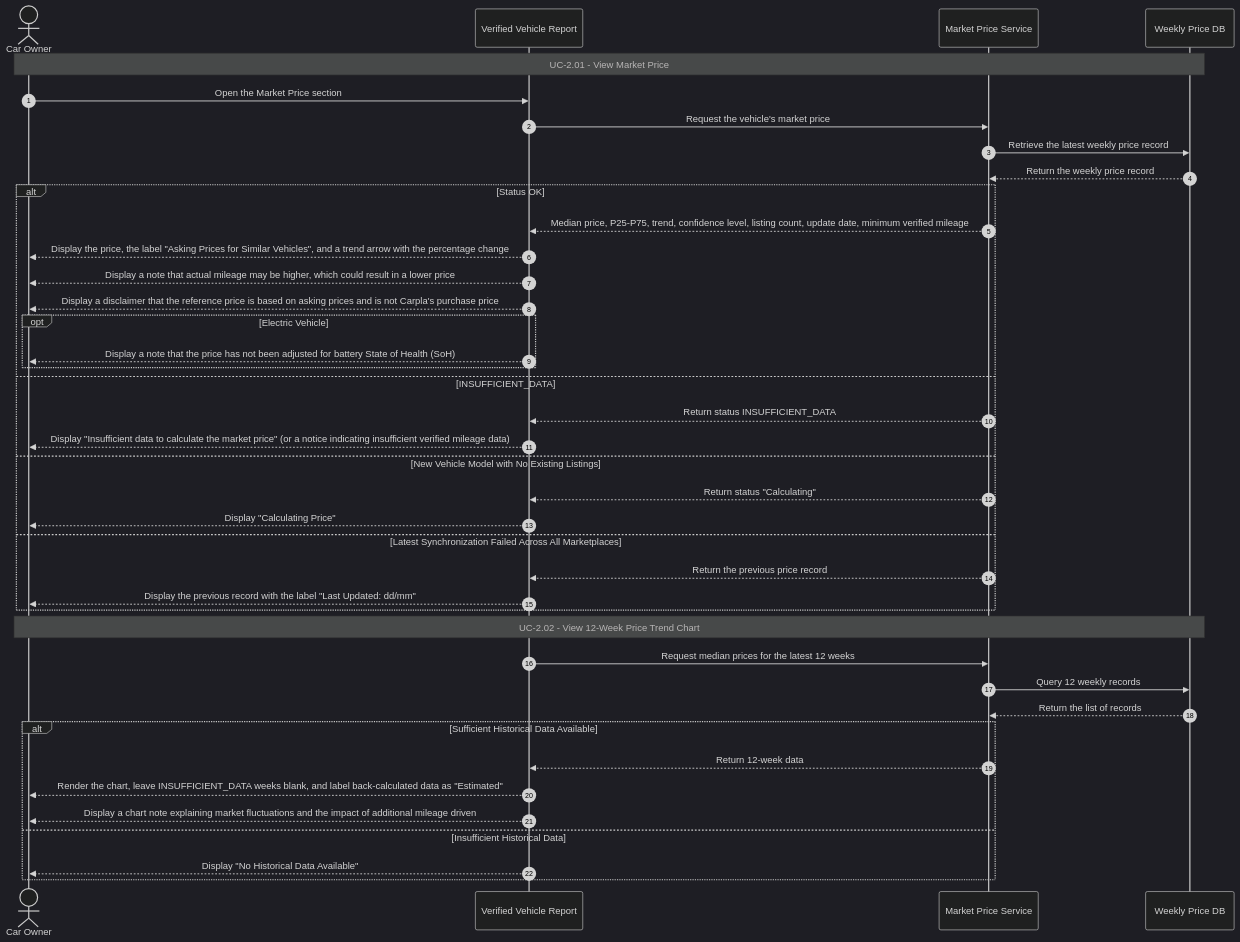
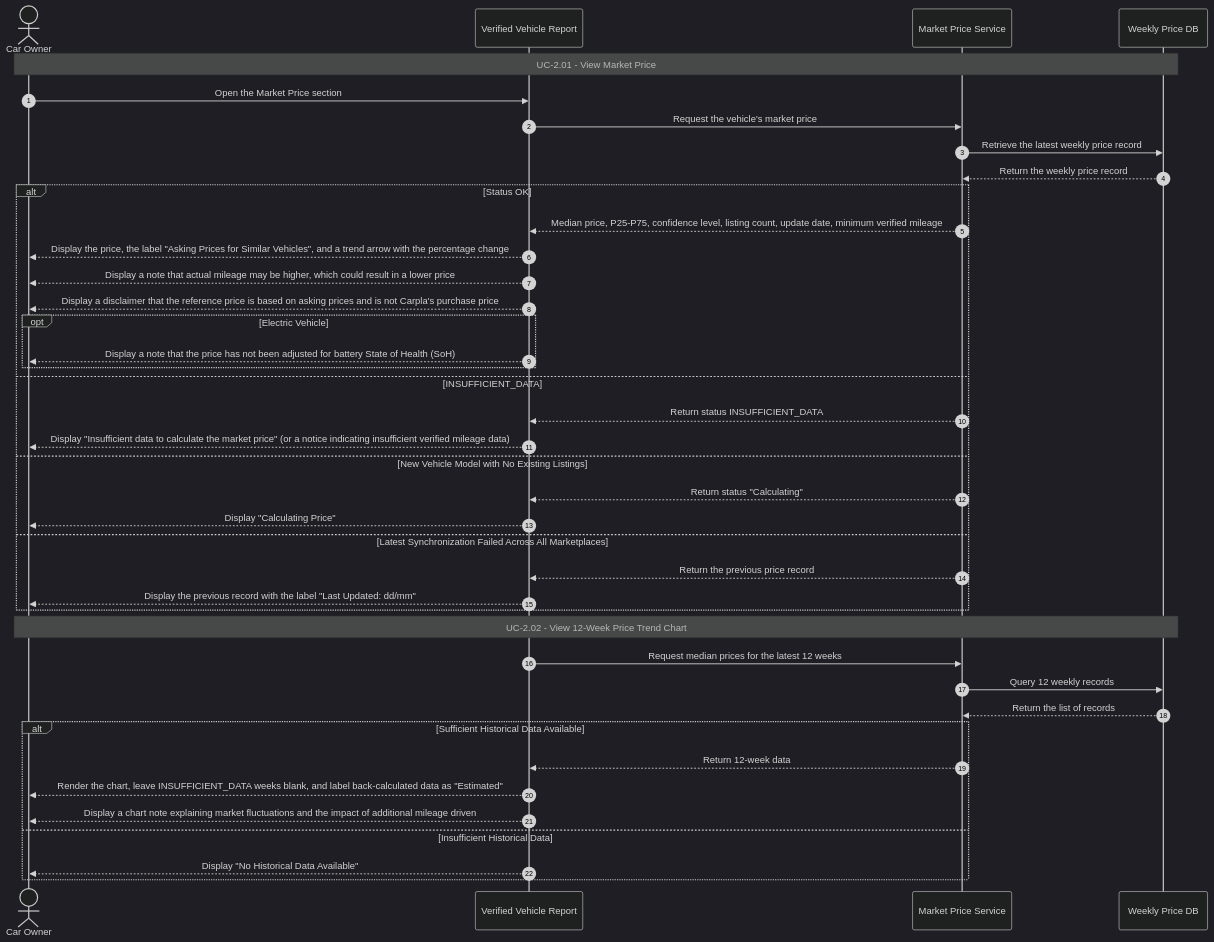
One commit to giangnhk63db/DBIZ-2_GROUP-A changed the diagram in docs/use-case/sequence-diagram/S-05.md. Above: the diagram before and after it, drawn with Mermaid (dark theme).

````diff
--- a/docs/use-case/sequence-diagram/S-05.md
+++ b/docs/use-case/sequence-diagram/S-05.md
@@ -9,46 +9,46 @@
 ```mermaid 
 sequenceDiagram
     autonumber
     actor Owner as Car Owner
     participant App as Verified Vehicle Report
     participant MP as Market Price Service
     participant DB as Weekly Price DB
 
     Note over Owner, DB: UC-2.01 - View Market Price
     Owner->>App: Open the Market Price section
     App->>MP: Request the vehicle's market price
     MP->>DB: Retrieve the latest weekly price record
     DB-->>MP: Return the weekly price record
 
     alt Status OK
-        MP-->>App: Median price, P25-P75, trend, confidence level, listing count, update date, minimum verified mileage
+        MP-->>App: Median price, P25-P75, confidence level, listing count, update date, minimum verified mileage
         App-->>Owner: Display the price, the label "Asking Prices for Similar Vehicles", and a trend arrow with the percentage change
         App-->>Owner: Display a note that actual mileage may be higher, which could result in a lower price
         App-->>Owner: Display a disclaimer that the reference price is based on asking prices and is not Carpla's purchase price
         opt Electric Vehicle
             App-->>Owner: Display a note that the price has not been adjusted for battery State of Health (SoH)
         end
     else INSUFFICIENT_DATA
         MP-->>App: Return status INSUFFICIENT_DATA
         App-->>Owner: Display "Insufficient data to calculate the market price" (or a notice indicating insufficient verified mileage data)
     else New Vehicle Model with No Existing Listings
         MP-->>App: Return status "Calculating"
         App-->>Owner: Display "Calculating Price"
     else Latest Synchronization Failed Across All Marketplaces
         MP-->>App: Return the previous price record
         App-->>Owner: Display the previous record with the label "Last Updated: dd/mm"
     end
 
     Note over Owner, DB: UC-2.02 - View 12-Week Price Trend Chart
     App->>MP: Request median prices for the latest 12 weeks
     MP->>DB: Query 12 weekly records
     DB-->>MP: Return the list of records
 
     alt Sufficient Historical Data Available
         MP-->>App: Return 12-week data
         App-->>Owner: Render the chart, leave INSUFFICIENT_DATA weeks blank, and label back-calculated data as "Estimated"
         App-->>Owner: Display a chart note explaining market fluctuations and the impact of additional mileage driven
     else Insufficient Historical Data
         App-->>Owner: Display "No Historical Data Available"
     end
 ```
````
